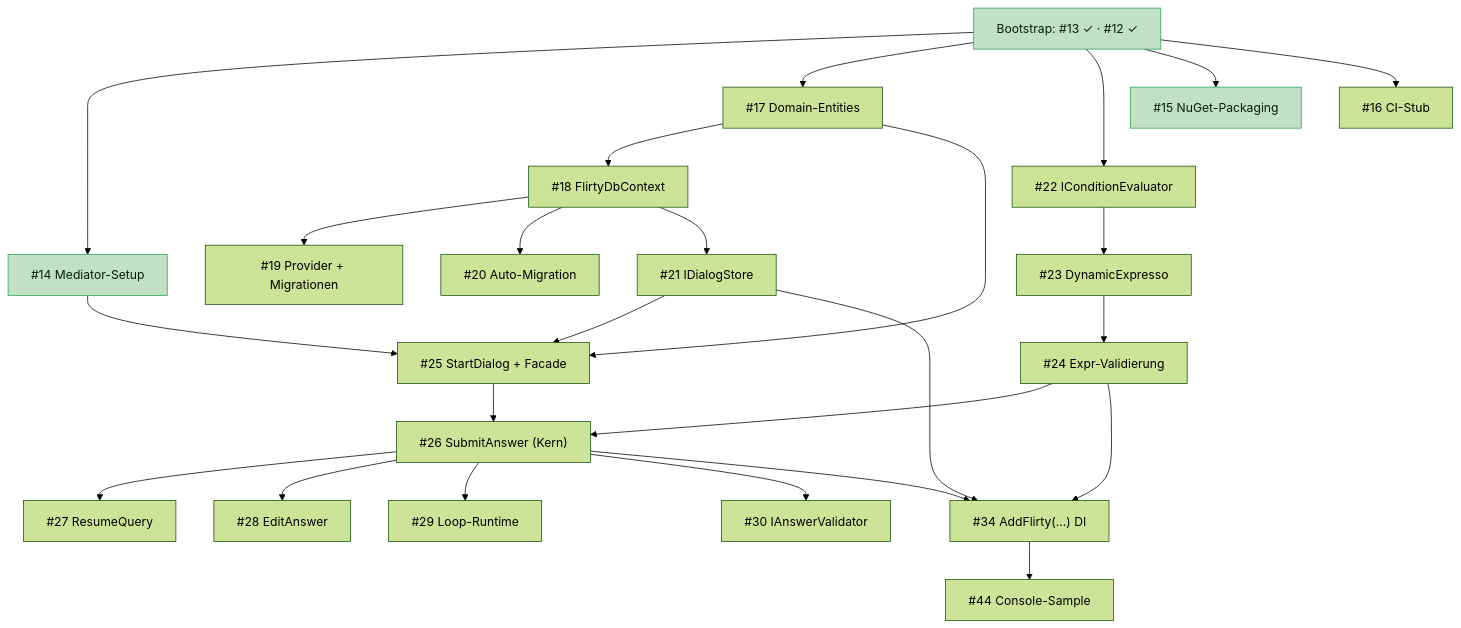
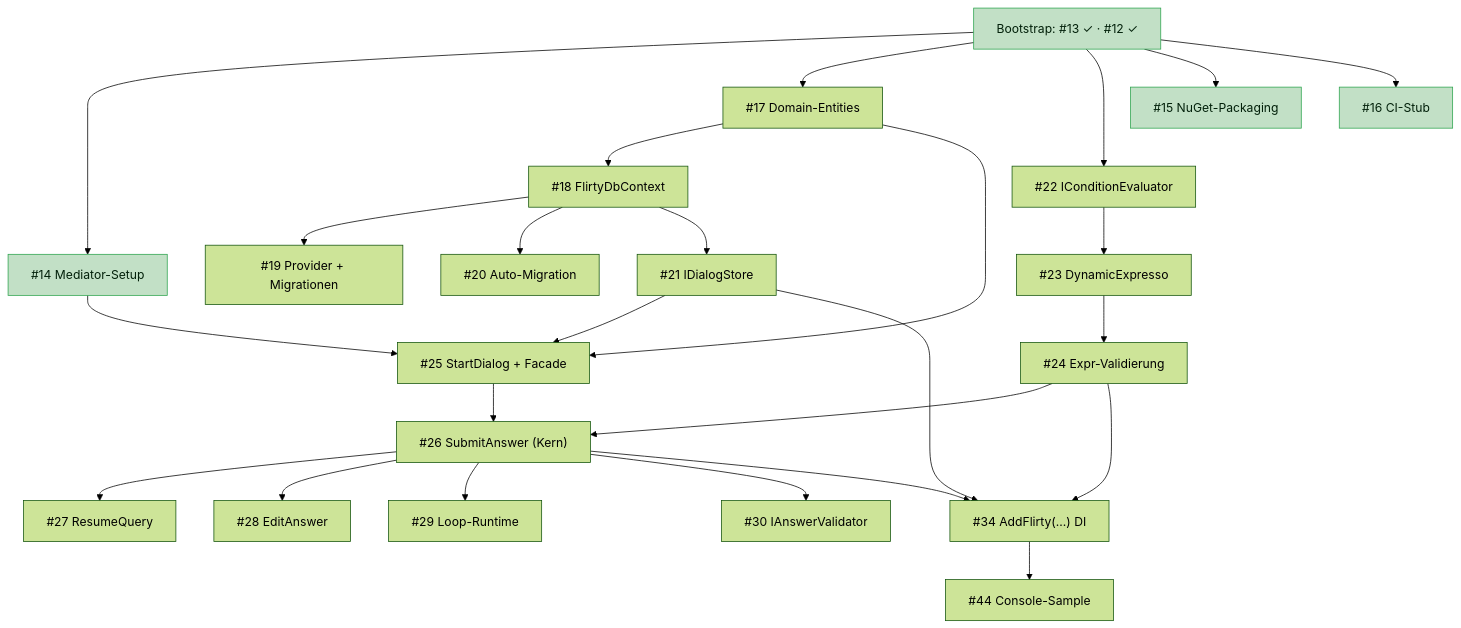
One commit to dominikz98/flirty changed the diagram in docs/ROADMAP.md. Above: the diagram before and after it, drawn with Mermaid (forest theme). The commit also changed other lines of this file and 4 other files, not shown here.

````diff
--- a/docs/ROADMAP.md
+++ b/docs/ROADMAP.md
@@ -30,39 +34,39 @@
 ```mermaid
 flowchart TD
     F["Bootstrap: #13 ✓ · #12 ✓"]:::done
 
     F --> E14["#14 Mediator-Setup"]:::done
     F --> E17["#17 Domain-Entities"]
     F --> E22["#22 IConditionEvaluator"]
     F --> E15["#15 NuGet-Packaging"]:::done
-    F --> E16["#16 CI-Stub"]
+    F --> E16["#16 CI-Stub"]:::done
 
     %% Strang A – Persistenz (EPIC 1)
     E17 --> E18["#18 FlirtyDbContext"]
     E18 --> E19["#19 Provider + Migrationen"]
     E18 --> E20["#20 Auto-Migration"]
     E18 --> E21["#21 IDialogStore"]
 
     %% Strang B – Expression-Engine (EPIC 2)
     E22 --> E23["#23 DynamicExpresso"]
     E23 --> E24["#24 Expr-Validierung"]
 
     %% Strang C – Runtime (EPIC 3) = Konvergenzpunkt
     E14 --> E25["#25 StartDialog + Facade"]
     E17 --> E25
     E21 --> E25
     E25 --> E26["#26 SubmitAnswer (Kern)"]
     E24 --> E26
     E26 --> E27["#27 ResumeQuery"]
     E26 --> E28["#28 EditAnswer"]
     E26 --> E29["#29 Loop-Runtime"]
     E26 --> E30["#30 IAnswerValidator"]
 
     %% Integration / M1-Abnahme
     E26 --> E34["#34 AddFlirty(...) DI"]
     E21 --> E34
     E24 --> E34
     E34 --> E44["#44 Console-Sample"]
 
     classDef done fill:#c2e0c6,stroke:#2da44e,color:#03210b;
 ```
````
